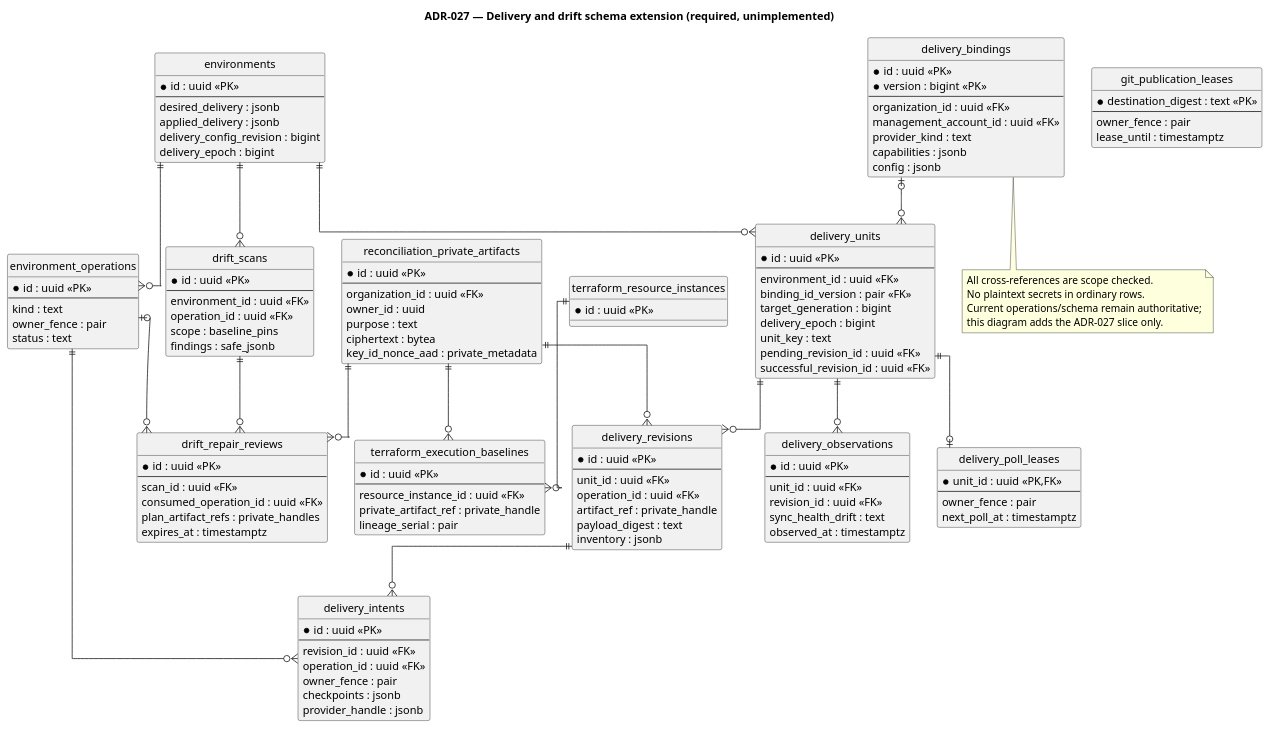
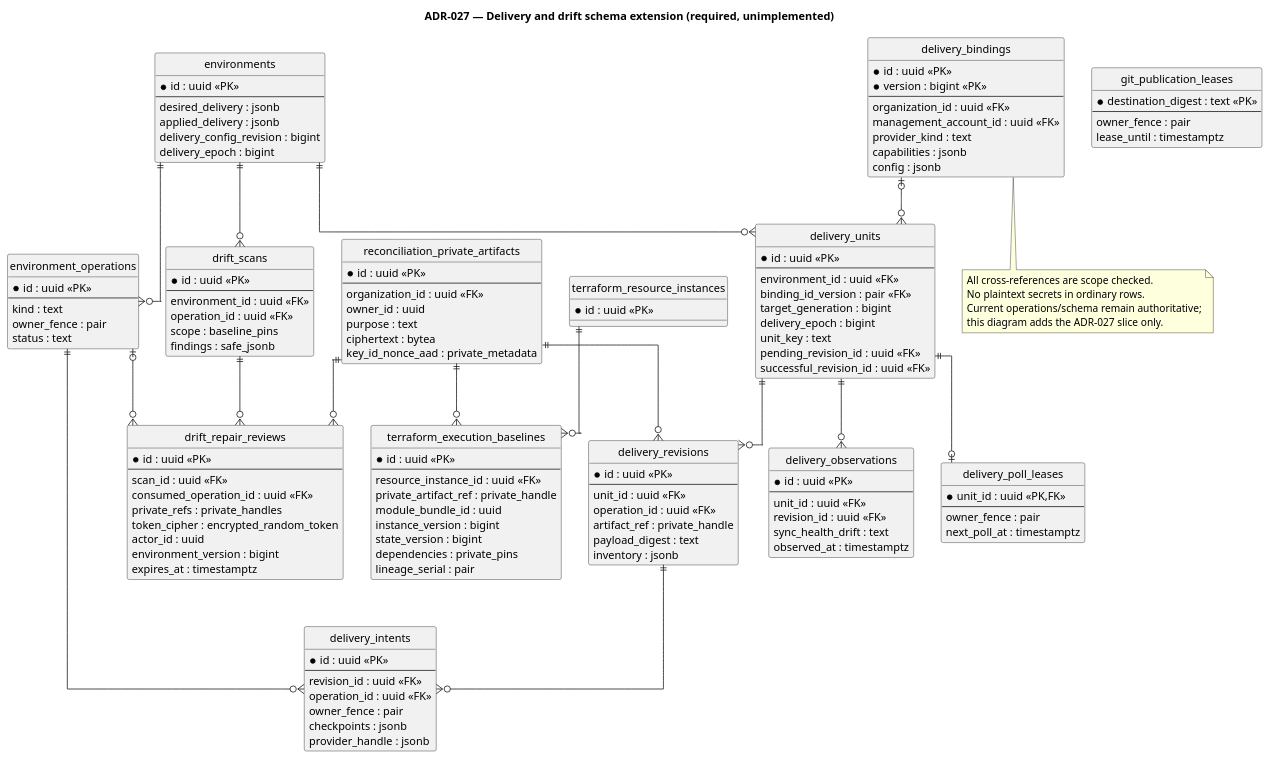
One commit to pr3s3nt/poc changed the diagram in orchestrator_docs/architecture/database/delivery-reconciliation-erd.puml. Above: the diagram before and after it, drawn with PlantUML. The commit also changed 230 other files, not shown here.

```diff
--- a/orchestrator_docs/architecture/database/delivery-reconciliation-erd.puml
+++ b/orchestrator_docs/architecture/database/delivery-reconciliation-erd.puml
@@ -1,135 +1,142 @@
 @startuml
 title ADR-027 — Delivery and drift schema extension (required, unimplemented)
 hide circle
 skinparam linetype ortho
 entity environments {
  * id : uuid <<PK>>
  --
  desired_delivery : jsonb
  applied_delivery : jsonb
  delivery_config_revision : bigint
  delivery_epoch : bigint
 }
 entity delivery_bindings {
  * id : uuid <<PK>>
  * version : bigint <<PK>>
  --
  organization_id : uuid <<FK>>
  management_account_id : uuid <<FK>>
  provider_kind : text
  capabilities : jsonb
  config : jsonb
 }
 entity delivery_units {
  * id : uuid <<PK>>
  --
  environment_id : uuid <<FK>>
  binding_id_version : pair <<FK>>
  target_generation : bigint
  delivery_epoch : bigint
  unit_key : text
  pending_revision_id : uuid <<FK>>
  successful_revision_id : uuid <<FK>>
 }
 entity reconciliation_private_artifacts {
  * id : uuid <<PK>>
  --
  organization_id : uuid <<FK>>
  owner_id : uuid
  purpose : text
  ciphertext : bytea
  key_id_nonce_aad : private_metadata
 }
 entity delivery_revisions {
  * id : uuid <<PK>>
  --
  unit_id : uuid <<FK>>
  operation_id : uuid <<FK>>
  artifact_ref : private_handle
  payload_digest : text
  inventory : jsonb
 }
 entity delivery_intents {
  * id : uuid <<PK>>
  --
  revision_id : uuid <<FK>>
  operation_id : uuid <<FK>>
  owner_fence : pair
  checkpoints : jsonb
  provider_handle : jsonb
 }
 entity delivery_observations {
  * id : uuid <<PK>>
  --
  unit_id : uuid <<FK>>
  revision_id : uuid <<FK>>
  sync_health_drift : text
  observed_at : timestamptz
 }
 entity delivery_poll_leases {
  * unit_id : uuid <<PK,FK>>
  --
  owner_fence : pair
  next_poll_at : timestamptz
 }
 entity git_publication_leases {
  * destination_digest : text <<PK>>
  --
  owner_fence : pair
  lease_until : timestamptz
 }
 entity environment_operations {
  * id : uuid <<PK>>
  --
  kind : text
  owner_fence : pair
  status : text
 }
 entity terraform_resource_instances {
  * id : uuid <<PK>>
 }
 entity terraform_execution_baselines {
  * id : uuid <<PK>>
  --
  resource_instance_id : uuid <<FK>>
  private_artifact_ref : private_handle
+ module_bundle_id : uuid
+ instance_version : bigint
+ state_version : bigint
+ dependencies : private_pins
  lineage_serial : pair
 }
 entity drift_scans {
  * id : uuid <<PK>>
  --
  environment_id : uuid <<FK>>
  operation_id : uuid <<FK>>
  scope : baseline_pins
  findings : safe_jsonb
 }
 entity drift_repair_reviews {
  * id : uuid <<PK>>
  --
  scan_id : uuid <<FK>>
  consumed_operation_id : uuid <<FK>>
- plan_artifact_refs : private_handles
+ private_refs : private_handles
+ token_cipher : encrypted_random_token
+ actor_id : uuid
+ environment_version : bigint
  expires_at : timestamptz
 }
 reconciliation_private_artifacts ||--o{ delivery_revisions
 reconciliation_private_artifacts ||--o{ terraform_execution_baselines
 reconciliation_private_artifacts ||--o{ drift_repair_reviews
 environments ||--o{ delivery_units
 delivery_bindings |o--o{ delivery_units
 delivery_units ||--o{ delivery_revisions
 delivery_revisions ||--o{ delivery_intents
 delivery_units ||--o{ delivery_observations
 delivery_units ||--o| delivery_poll_leases
 environment_operations ||--o{ delivery_intents
 environments ||--o{ environment_operations
 environments ||--o{ drift_scans
 terraform_resource_instances ||--o{ terraform_execution_baselines
 drift_scans ||--o{ drift_repair_reviews
 environment_operations |o--o{ drift_repair_reviews
 note bottom of delivery_bindings
 All cross-references are scope checked.
 No plaintext secrets in ordinary rows.
 Current operations/schema remain authoritative;
 this diagram adds the ADR-027 slice only.
 end note
 @enduml
```
